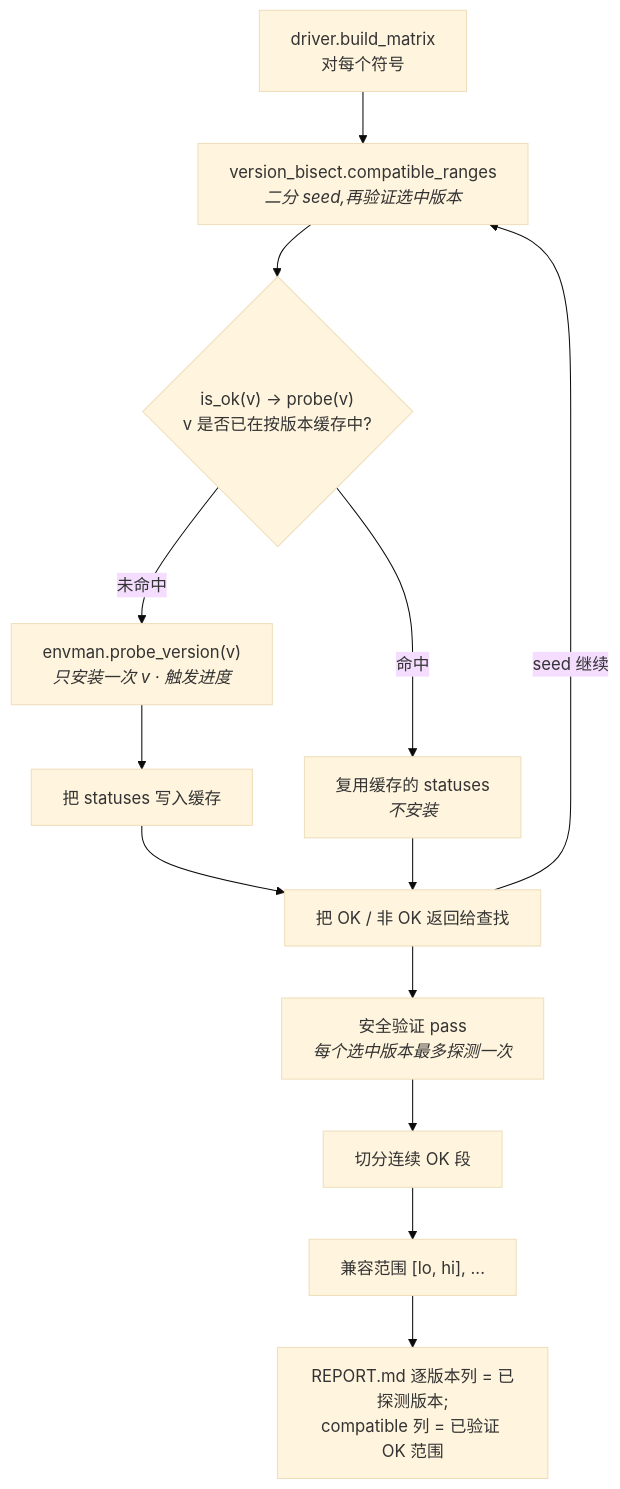
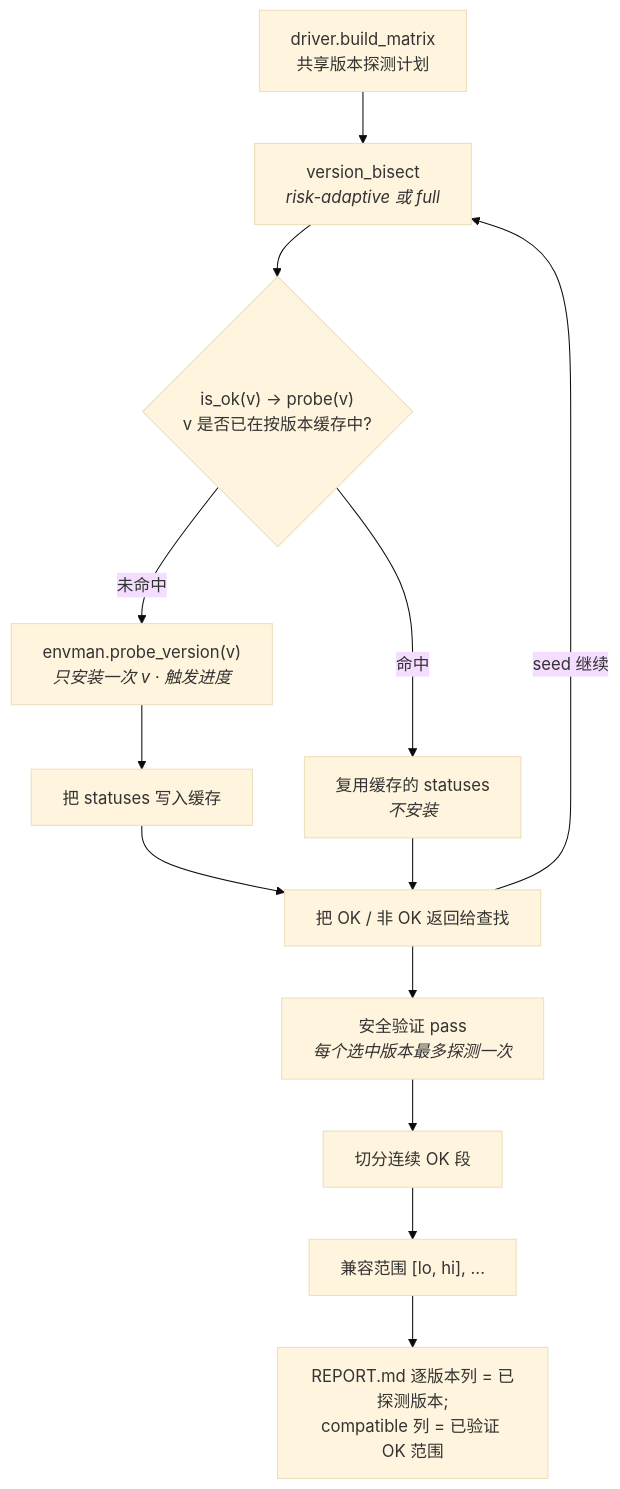
The eighth of 8 diagrams in README.md (joe0731/modelopt_ptq_transformers_doctor), drawn with Mermaid (base theme) before and after one commit. The commit also changed other lines of this file and 15 other files, not shown here.

Commit message:
feat: add risk-adaptive scans and model coverage

````diff
--- a/README.md
+++ b/README.md
@@ -463,15 +482,15 @@
 ```mermaid
 flowchart TD
-    drive["driver.build_matrix<br/>对每个符号"] --> search["version_bisect.compatible_ranges<br/><i>二分 seed,再验证选中版本</i>"]
+    drive["driver.build_matrix<br/>共享版本探测计划"] --> search["version_bisect<br/><i>risk-adaptive 或 full</i>"]
     search --> ask{"is_ok(v) → probe(v)<br/>v 是否已在按版本缓存中?"}
     ask -->|命中| reuse["复用缓存的 statuses<br/><i>不安装</i>"]
     ask -->|未命中| install["envman.probe_version(v)<br/><i>只安装一次 v · 触发进度</i>"]
     install --> store["把 statuses 写入缓存"]
     store --> verdict["把 OK / 非 OK 返回给查找"]
     reuse --> verdict
     verdict -->|seed 继续| search
     verdict --> validate["安全验证 pass<br/><i>每个选中版本最多探测一次</i>"]
     validate --> split["切分连续 OK 段"]
     split --> window["兼容范围 [lo, hi], ..."]
     window --> note["REPORT.md 逐版本列 = 已探测版本;<br/>compatible 列 = 已验证 OK 范围"]
 ```
````
